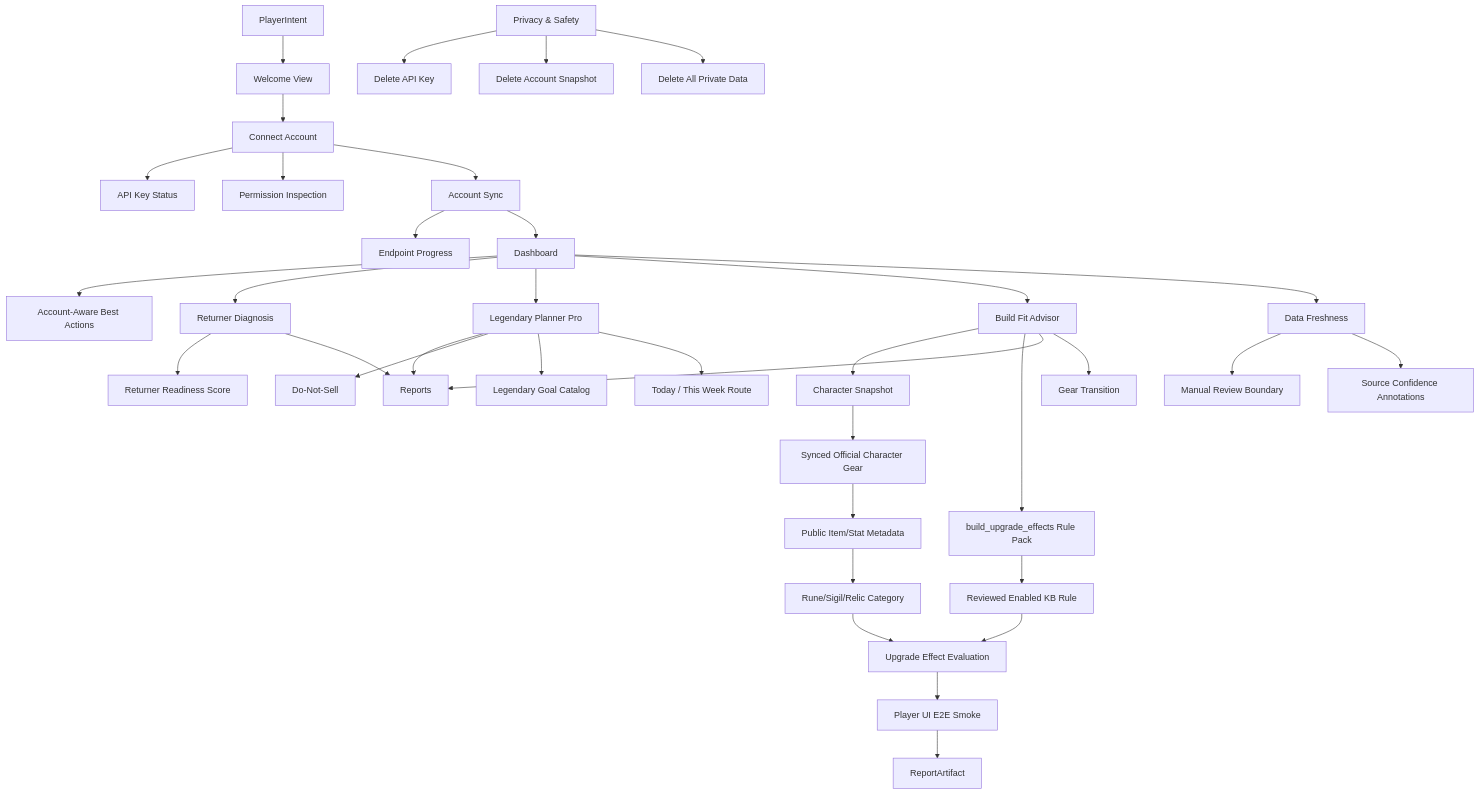
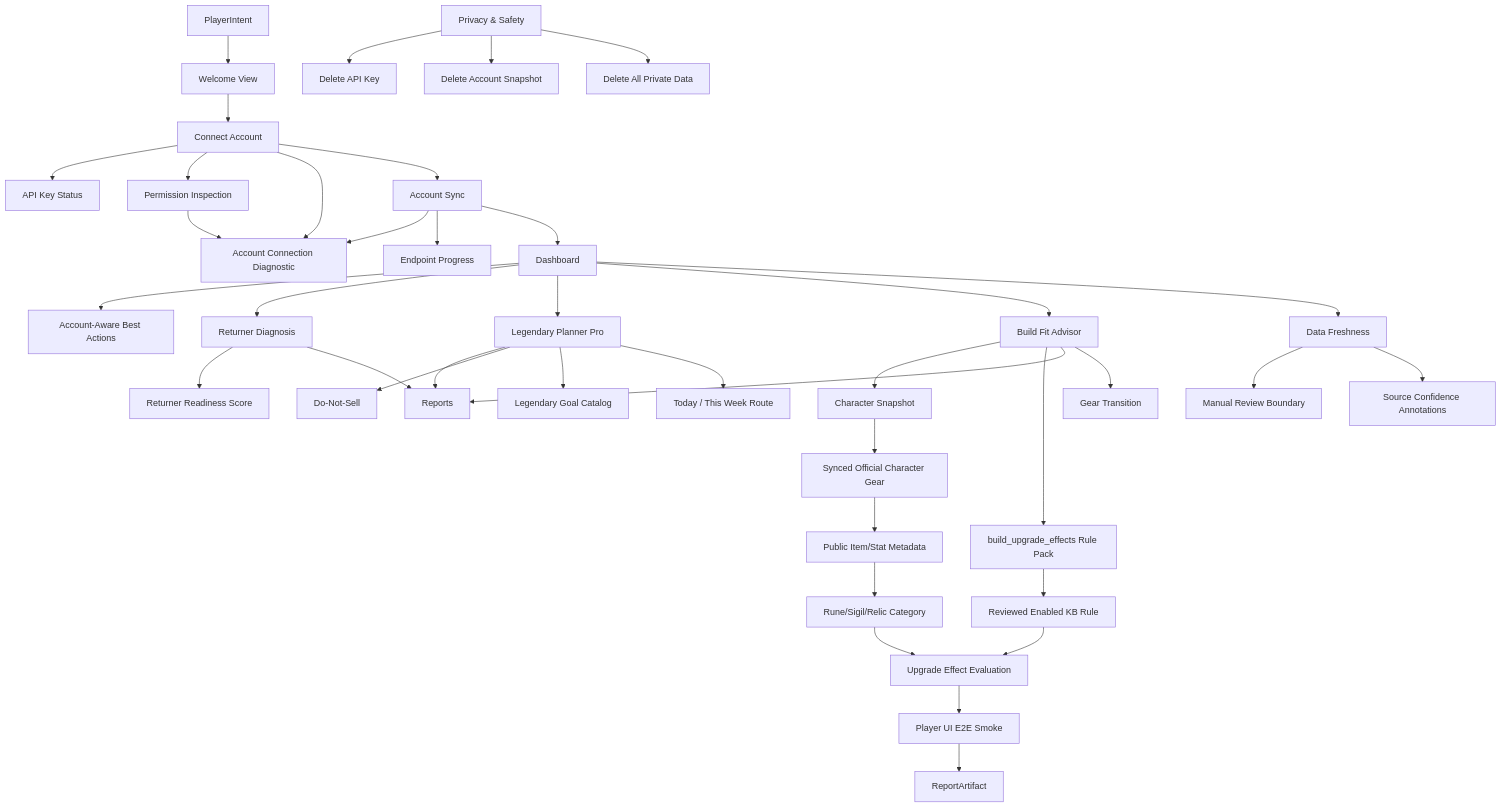
One commit to johnslee1207-commits/gw2radar changed the diagram in docs/ui/PLAYER_UI_SEMANTIC_GRAPH_AUDIT.md. Above: the diagram before and after it, drawn with Mermaid. The commit also changed other lines of this file and 8 other files, not shown here.

Commit message:
Add account diagnostic to player UI

````diff
--- a/docs/ui/PLAYER_UI_SEMANTIC_GRAPH_AUDIT.md
+++ b/docs/ui/PLAYER_UI_SEMANTIC_GRAPH_AUDIT.md
@@ -9,38 +9,41 @@
 ```mermaid
 graph TD
   PlayerIntent["PlayerIntent"] --> Welcome["Welcome View"]
   Welcome --> Connect["Connect Account"]
   Connect --> AccountKey["API Key Status"]
   Connect --> PermissionInspection["Permission Inspection"]
+  Connect --> AccountConnectionDiagnostic["Account Connection Diagnostic"]
   Connect --> AccountSync["Account Sync"]
+  PermissionInspection --> AccountConnectionDiagnostic
+  AccountSync --> AccountConnectionDiagnostic
   AccountSync --> EndpointProgress["Endpoint Progress"]
   AccountSync --> Dashboard["Dashboard"]
   Dashboard --> BestActions["Account-Aware Best Actions"]
   Dashboard --> Returner["Returner Diagnosis"]
   Returner --> ReturnerReadiness["Returner Readiness Score"]
   Dashboard --> Legendary["Legendary Planner Pro"]
   Dashboard --> BuildFit["Build Fit Advisor"]
   BuildFit --> CharacterSnapshot["Character Snapshot"]
   CharacterSnapshot --> SyncedCharacterGear["Synced Official Character Gear"]
   SyncedCharacterGear --> PublicItemMetadata["Public Item/Stat Metadata"]
   PublicItemMetadata --> GearSemanticCategory["Rune/Sigil/Relic Category"]
   GearSemanticCategory --> UpgradeEffectEvaluation["Upgrade Effect Evaluation"]
   BuildFit --> BuildUpgradeRulePack["build_upgrade_effects Rule Pack"]
   BuildUpgradeRulePack --> KBRule
   KBRule["Reviewed Enabled KB Rule"] --> UpgradeEffectEvaluation
   UpgradeEffectEvaluation --> PlayerUiE2ESmoke["Player UI E2E Smoke"]
   PlayerUiE2ESmoke --> ReportArtifact
   Dashboard --> Freshness["Data Freshness"]
   Returner --> ReportCenter["Reports"]
   Legendary --> ReportCenter
   BuildFit --> ReportCenter
   Legendary --> DoNotSell["Do-Not-Sell"]
   Legendary --> LegendaryGoalCatalog["Legendary Goal Catalog"]
   Legendary --> LegendaryWeeklyRoute["Today / This Week Route"]
   BuildFit --> GearTransition["Gear Transition"]
   Freshness --> SafetyBoundary["Manual Review Boundary"]
   Freshness --> SourceConfidence["Source Confidence Annotations"]
   Privacy["Privacy & Safety"] --> DeleteKey["Delete API Key"]
   Privacy --> DeleteSnapshot["Delete Account Snapshot"]
   Privacy --> DeleteAllPrivate["Delete All Private Data"]
 ```
````
